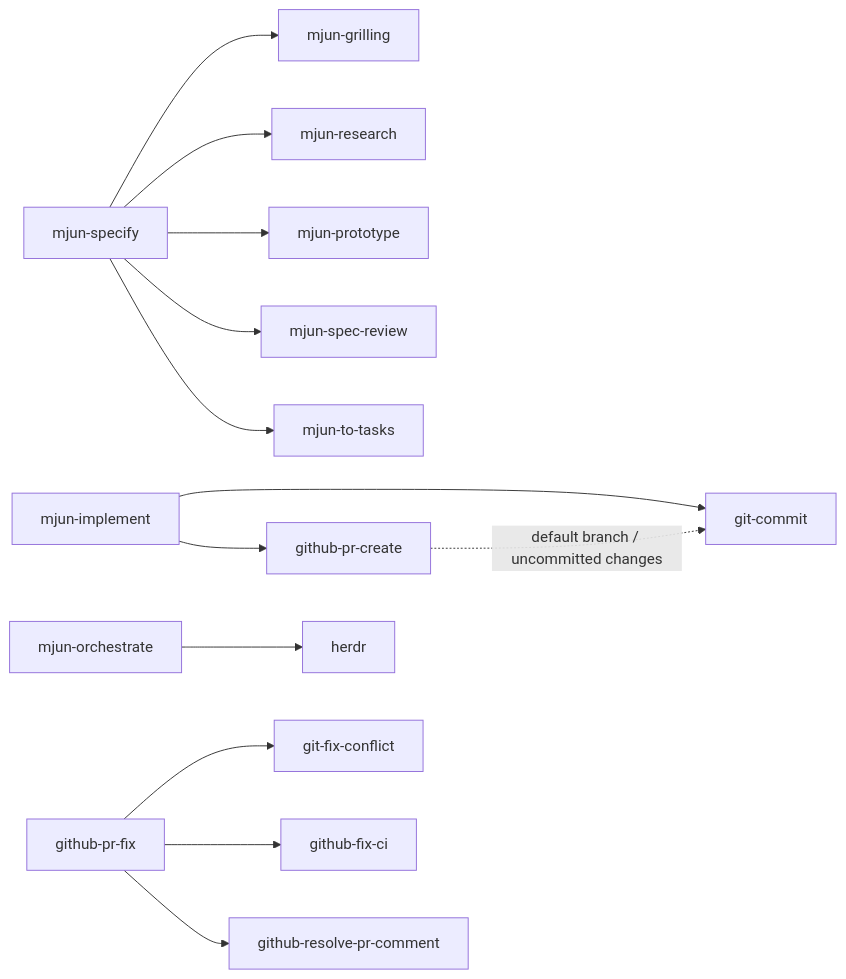
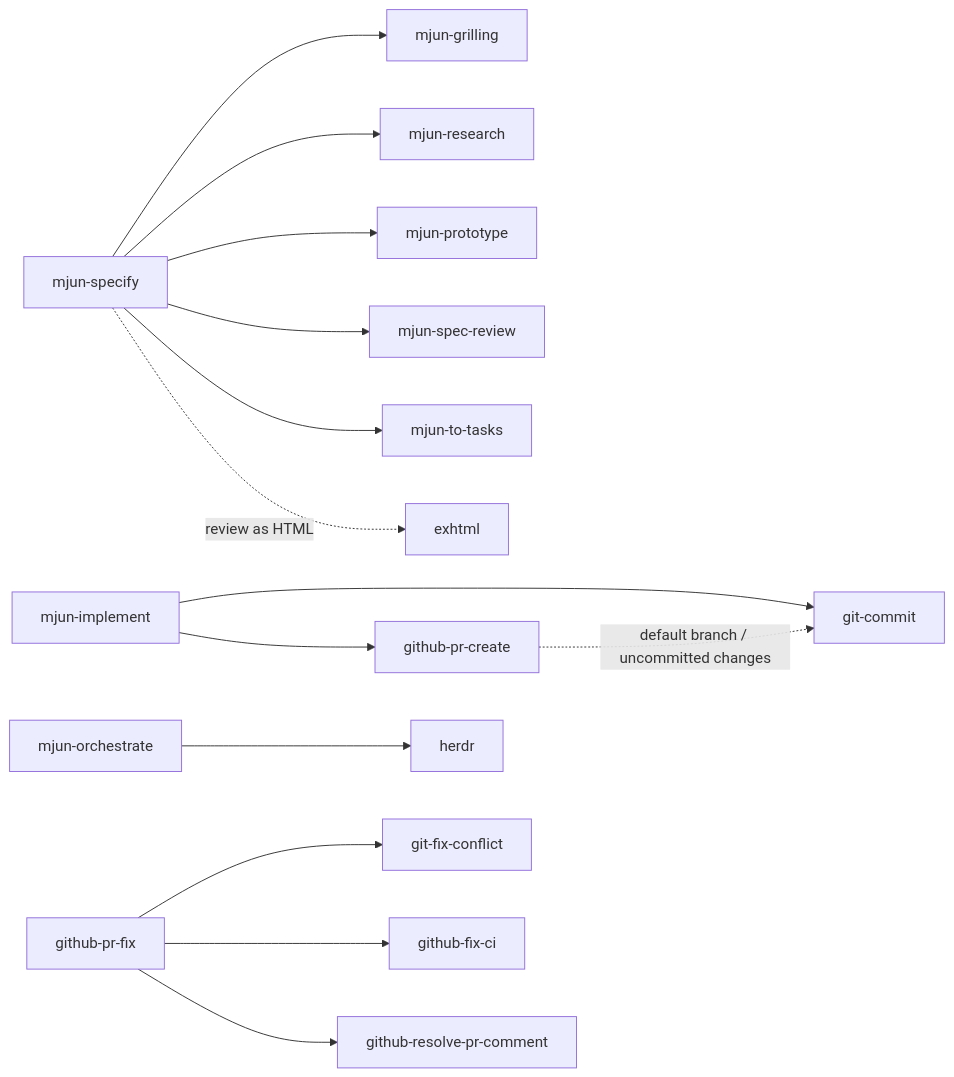
One commit to mjun0812/dotfiles changed the diagram in doc/skills.md. Above: the diagram before and after it, drawn with Mermaid. The commit also changed other lines of this file and 10 other files, not shown here.

First line of the commit message:
feat: add an HTML review option to mjun-specify and resolve glossary/ADR location by existence (#109)

````diff
--- a/doc/skills.md
+++ b/doc/skills.md
@@ -130,19 +130,20 @@
 ```mermaid
 graph LR
     github-pr-create -. default branch / uncommitted changes .-> git-commit
 
     mjun-specify --> mjun-grilling
     mjun-specify --> mjun-research
     mjun-specify --> mjun-prototype
     mjun-specify --> mjun-spec-review
     mjun-specify --> mjun-to-tasks
+    mjun-specify -. review as HTML .-> exhtml
 
     mjun-implement --> git-commit
     mjun-implement --> github-pr-create
 
     mjun-orchestrate --> herdr
 
     github-pr-fix --> git-fix-conflict
     github-pr-fix --> github-fix-ci
     github-pr-fix --> github-resolve-pr-comment
 ```
````
